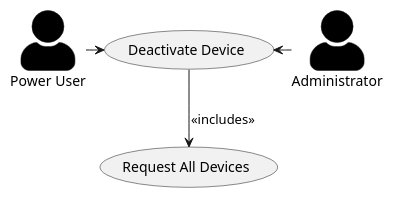
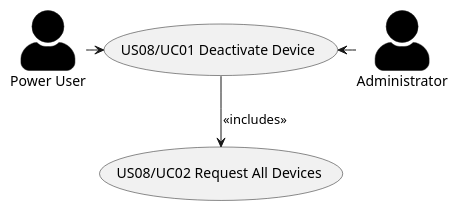
Before and after one commit to olivDiogo/SmartHome: the diagram in docs/ooa/useCaseDiagram/US08DeactivateDevice.puml, drawn with PlantUML.

Commit message:
Update: change US08 UC names

```diff
--- a/docs/ooa/useCaseDiagram/US08DeactivateDevice.puml
+++ b/docs/ooa/useCaseDiagram/US08DeactivateDevice.puml
@@ -1,21 +1,21 @@
 @startuml
 'https://plantuml.com/use-case-diagram
 
 !pragma layout smetana
 skinparam actorStyle awesome
 skinparam ActorBackgroundColor black
 
 actor Administrator as Admin
 actor "Power User" as Power_User
 
 
-    (Deactivate Device) as UC1
-    (Request All Devices) as UC2
+    (US08/UC01 Deactivate Device) as UC1
+    (US08/UC02 Request All Devices) as UC2
     UC1 --> UC2 : <<includes>>
 
 
 Admin -left-> UC1
 Power_User -right-> UC1
 
 
 @enduml
```
